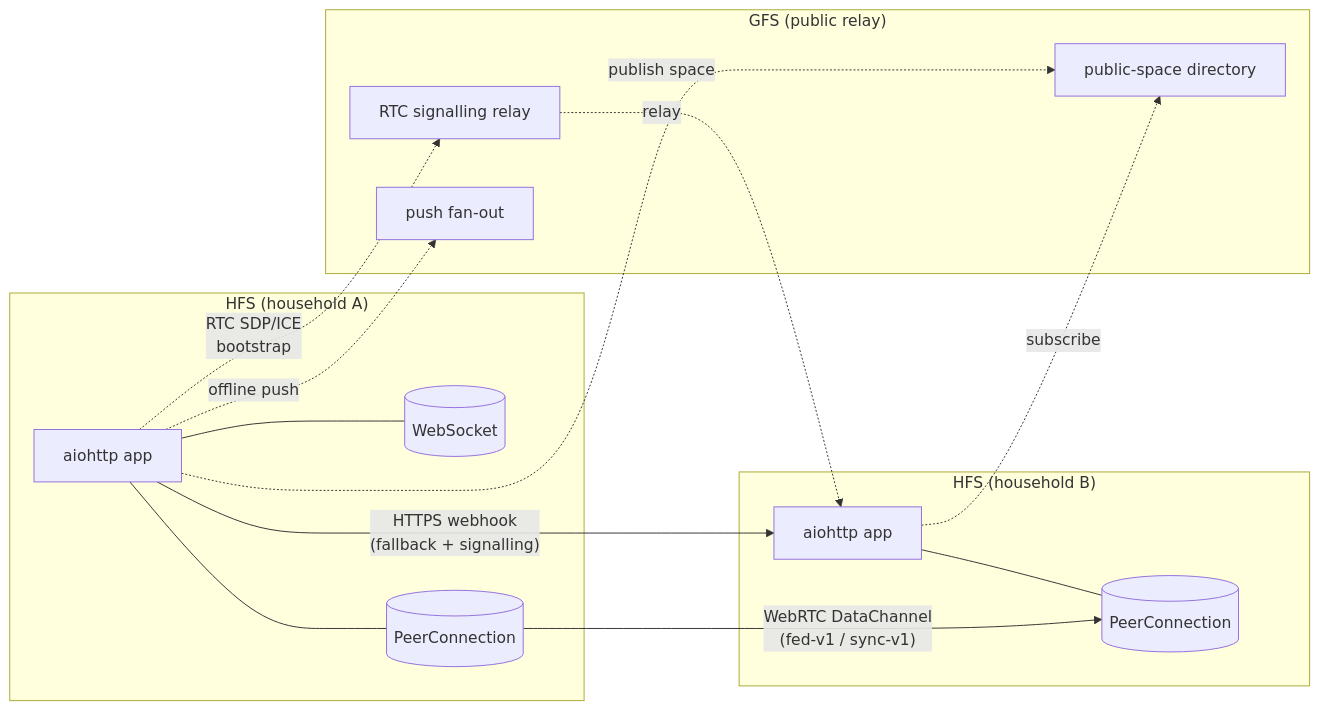
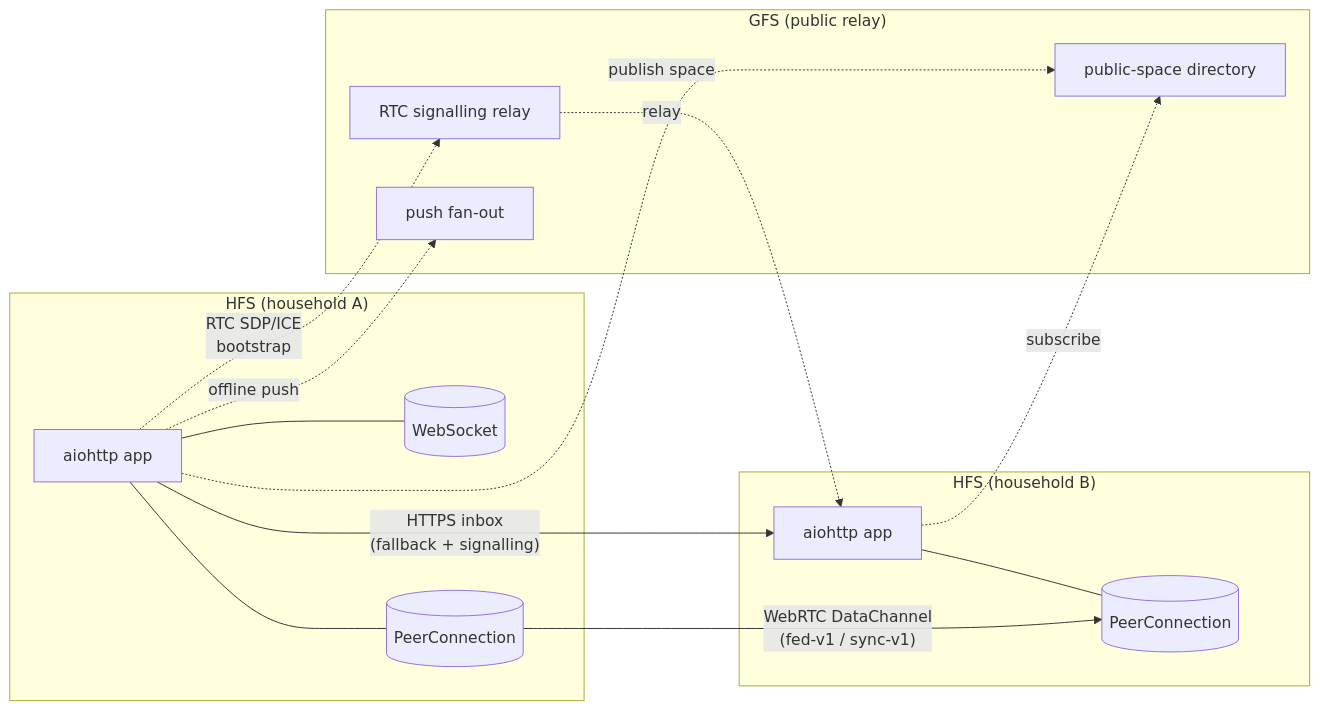
Before and after one commit to social-home-io/socialhome: the first of 2 diagrams in docs/protocol/README.md, drawn with Mermaid. The commit also changed other lines of this file and 183 other files, not shown here.

First line of the commit message:
chore: rename webhook → inbox across core + GFS (§11 terminology)

````diff
--- a/docs/protocol/README.md
+++ b/docs/protocol/README.md
@@ -11,29 +11,29 @@
 ```mermaid
 flowchart LR
     subgraph HFS_A["HFS (household A)"]
         A_app["aiohttp app"]
         A_ws[("WebSocket")]
         A_pc[("PeerConnection")]
         A_app --- A_ws
         A_app --- A_pc
     end
     subgraph HFS_B["HFS (household B)"]
         B_app["aiohttp app"]
         B_pc[("PeerConnection")]
         B_app --- B_pc
     end
     subgraph GFS["GFS (public relay)"]
         G_dir["public-space directory"]
         G_rtc["RTC signalling relay"]
         G_push["push fan-out"]
     end
 
     A_pc -- "WebRTC DataChannel<br/>(fed-v1 / sync-v1)" --> B_pc
-    A_app -- "HTTPS webhook<br/>(fallback + signalling)" --> B_app
+    A_app -- "HTTPS inbox<br/>(fallback + signalling)" --> B_app
 
     A_app -. "publish space" .-> G_dir
     B_app -. "subscribe" .-> G_dir
     A_app -. "RTC SDP/ICE<br/>bootstrap" .-> G_rtc
     G_rtc -. "relay" .-> B_app
     A_app -. "offline push" .-> G_push
 ```
````
